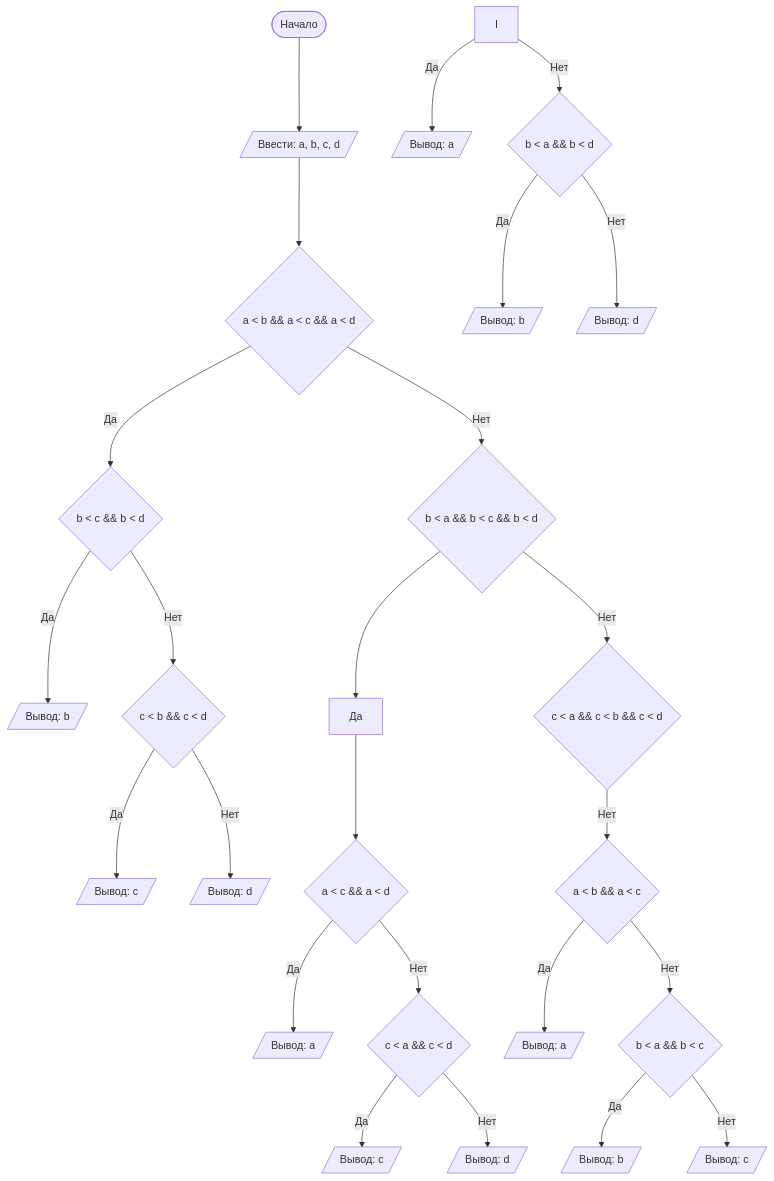
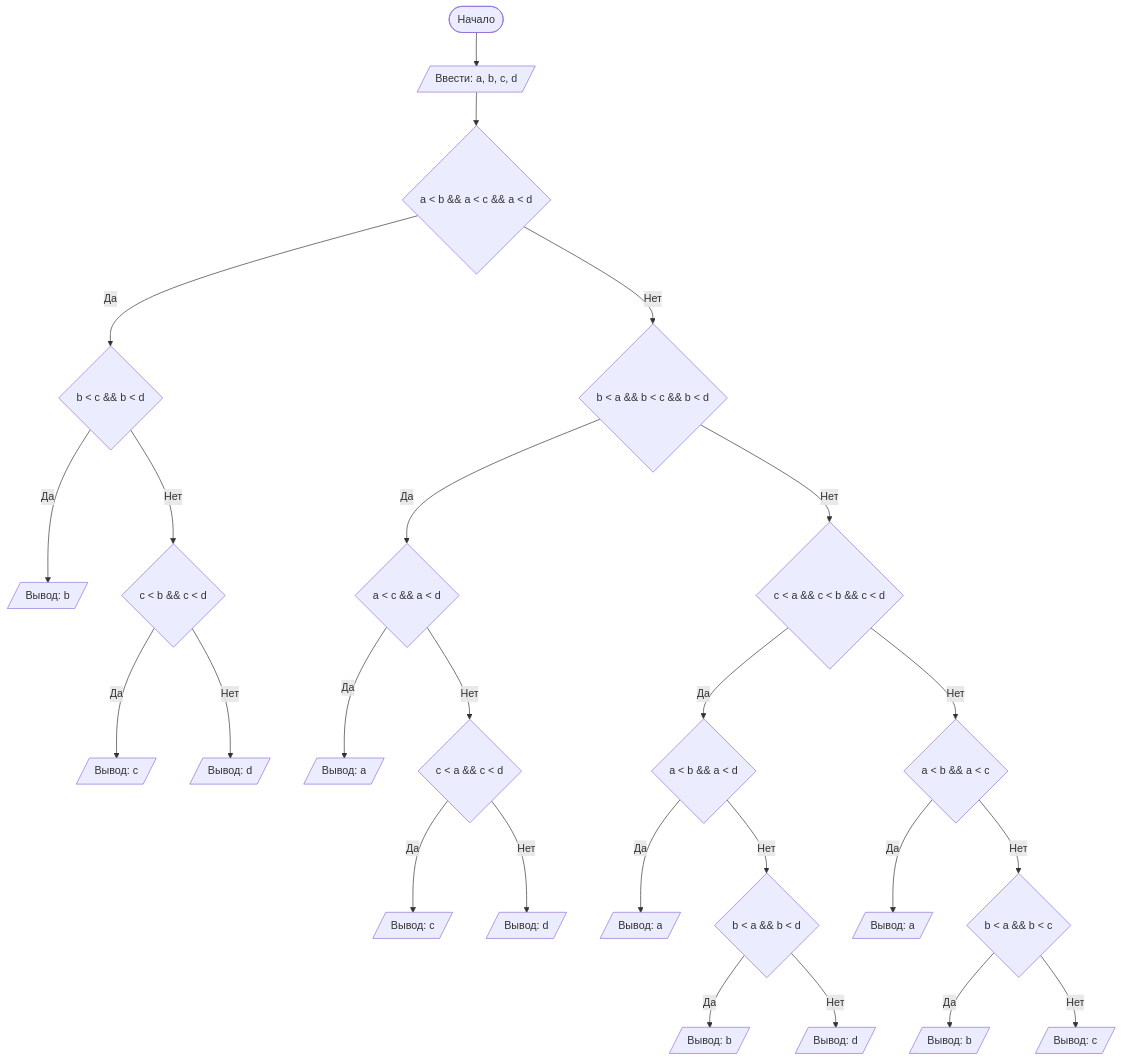
One commit to 3214Hoh/LabExample changed the diagram in README.md. Above: the diagram before and after it, drawn with Mermaid.

````diff
--- a/README.md
+++ b/README.md
@@ -71,27 +71,27 @@
 ```mermaid
 graph TD
   A([Начало]) --> B[/Ввести: a, b, c, d/]
   B --> C{a < b && a < c && a < d}
   C -- Да --> D{b < c && b < d}
   D --  Да --> D1[/Вывод: b/]
   D -- Нет --> E{c < b && c < d}
   E --  Да --> E1[/Вывод: c/]
   E --  Нет --> E2[/Вывод: d/]
   C -- Нет --> R{b < a && b < c && b < d}
-  R --> Да --> T{a < c && a < d}
+  R -- Да --> T{a < c && a < d}
   T --  Да --> T1[/Вывод: a/]
   T -- Нет --> Y{c < a && c < d}
   Y --  Да --> Y1[/Вывод: c/]
   Y --  Нет --> Y2[/Вывод: d/]
   R -- Нет --> U{c < a && c < b && c < d}
-  
+  U -- Да --> I{a < b && a < d}
   I --  Да --> I1[/Вывод: a/]
   I -- Нет --> O{b < a && b < d}
   O --  Да --> O1[/Вывод: b/]
   O --  Нет --> O2[/Вывод: d/]
   U -- Нет --> P{a < b && a < c}
   P --  Да --> P1[/Вывод: a/]
   P -- Нет --> S{b < a && b < c}
   S --  Да --> S1[/Вывод: b/]
   S --  Нет --> S2[/Вывод: c/]
 ```
````
